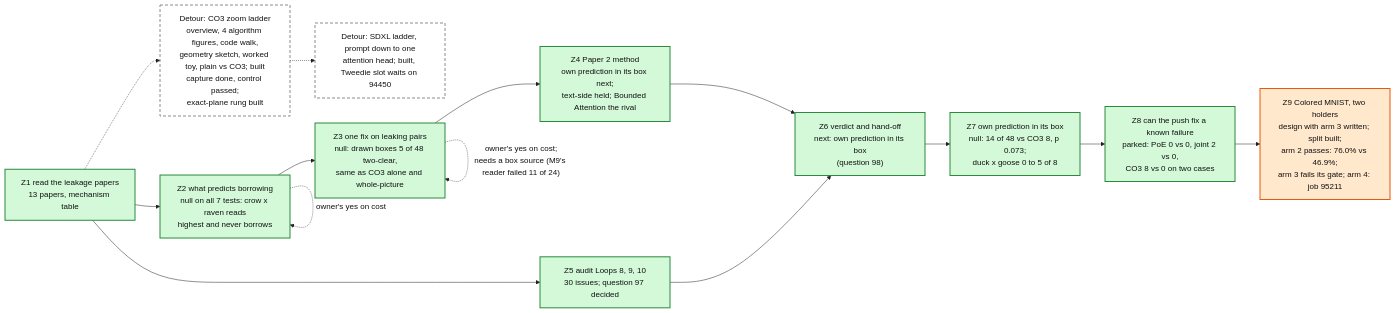
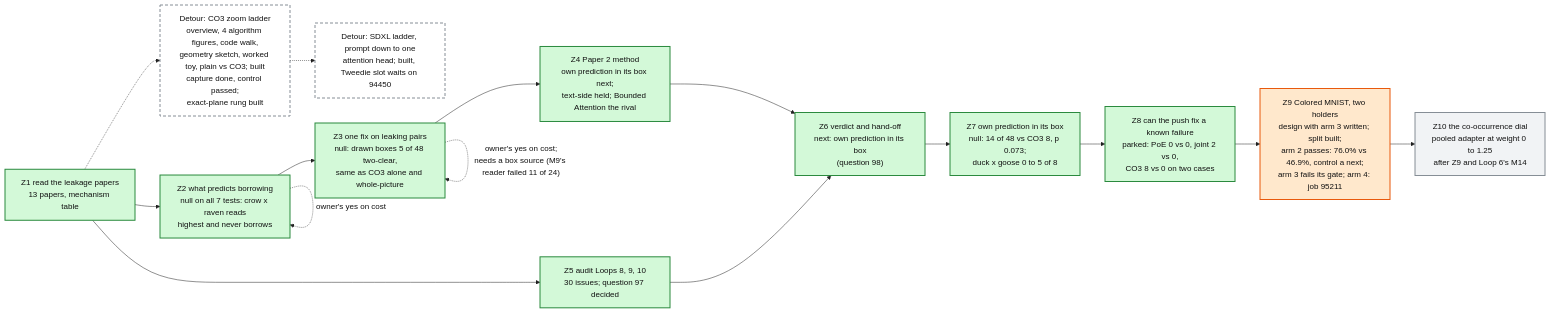
One commit to mo-rsa24/concept-composition changed the diagram in artifacts/notes/progress/leakage/loop-12-progress.mmd. Above: the diagram before and after it, drawn with Mermaid. The commit also changed 1 other file, not shown here.

Commit message:
Loop 12 map: Z9 control a added, Z10 waiting

```diff
--- a/artifacts/notes/progress/leakage/loop-12-progress.mmd
+++ b/artifacts/notes/progress/leakage/loop-12-progress.mmd
@@ -1,26 +1,28 @@
 %%{init: {'theme': 'base', 'themeVariables': {'fontFamily': 'monospace', 'primaryColor': '#ffffff', 'primaryBorderColor': '#222222', 'primaryTextColor': '#111111', 'lineColor': '#222222'}}}%%
 flowchart LR
   Z1["Z1 read the leakage papers<br/>13 papers, mechanism table"]:::done
   Z2["Z2 what predicts borrowing<br/>null on all 7 tests: crow x raven reads<br/>highest and never borrows"]:::done
   Z3["Z3 one fix on leaking pairs<br/>null: drawn boxes 5 of 48 two-clear,<br/>same as CO3 alone and whole-picture"]:::done
   Z4["Z4 Paper 2 method<br/>own prediction in its box next;<br/>text-side held; Bounded Attention the rival"]:::done
   Z5["Z5 audit Loops 8, 9, 10<br/>30 issues; question 97 decided"]:::done
   Z6["Z6 verdict and hand-off<br/>next: own prediction in its box<br/>(question 98)"]:::done
   LAD["Detour: CO3 zoom ladder<br/>overview, 4 algorithm figures, code walk,<br/>geometry sketch, worked toy, plain vs CO3; built<br/>capture done, control passed;<br/>exact-plane rung built"]:::detour
   Z1 -.-> LAD
   SDX["Detour: SDXL ladder, prompt down to one<br/>attention head; built, Tweedie slot waits on 94450"]:::detour
   LAD -.-> SDX
   Z1 --> Z2 --> Z3 --> Z4 --> Z6
   Z1 --> Z5 --> Z6
   Z2 -. "owner's yes on cost" .-> Z2
   Z3 -. "owner's yes on cost;<br/>needs a box source (M9's reader failed 11 of 24)" .-> Z3
   Z7["Z7 own prediction in its box<br/>null: 14 of 48 vs CO3 8, p 0.073;<br/>duck x goose 0 to 5 of 8"]:::done
   Z6 --> Z7
   Z8["Z8 can the push fix a known failure<br/>parked: PoE 0 vs 0, joint 2 vs 0,<br/>CO3 8 vs 0 on two cases"]:::done
   Z7 --> Z8
-  Z9["Z9 Colored MNIST, two holders<br/>design with arm 3 written; split built;<br/>arm 2 passes: 76.0% vs 46.9%;<br/>arm 3 fails its gate; arm 4: job 95211"]:::doing
+  Z9["Z9 Colored MNIST, two holders<br/>design with arm 3 written; split built;<br/>arm 2 passes: 76.0% vs 46.9%, control a next;<br/>arm 3 fails its gate; arm 4: job 95211"]:::doing
   Z8 --> Z9
+  Z10["Z10 the co-occurrence dial<br/>pooled adapter at weight 0 to 1.25<br/>after Z9 and Loop 6's M14"]:::todo
+  Z9 --> Z10
   classDef done fill:#d3f9d8,stroke:#2b8a3e,stroke-width:2px
   classDef doing fill:#ffe8cc,stroke:#e8590c,stroke-width:2px
   classDef detour fill:#ffffff,stroke:#868e96,stroke-width:2px,stroke-dasharray: 6 4
   classDef todo fill:#f1f3f5,stroke:#868e96,stroke-width:2px
```
